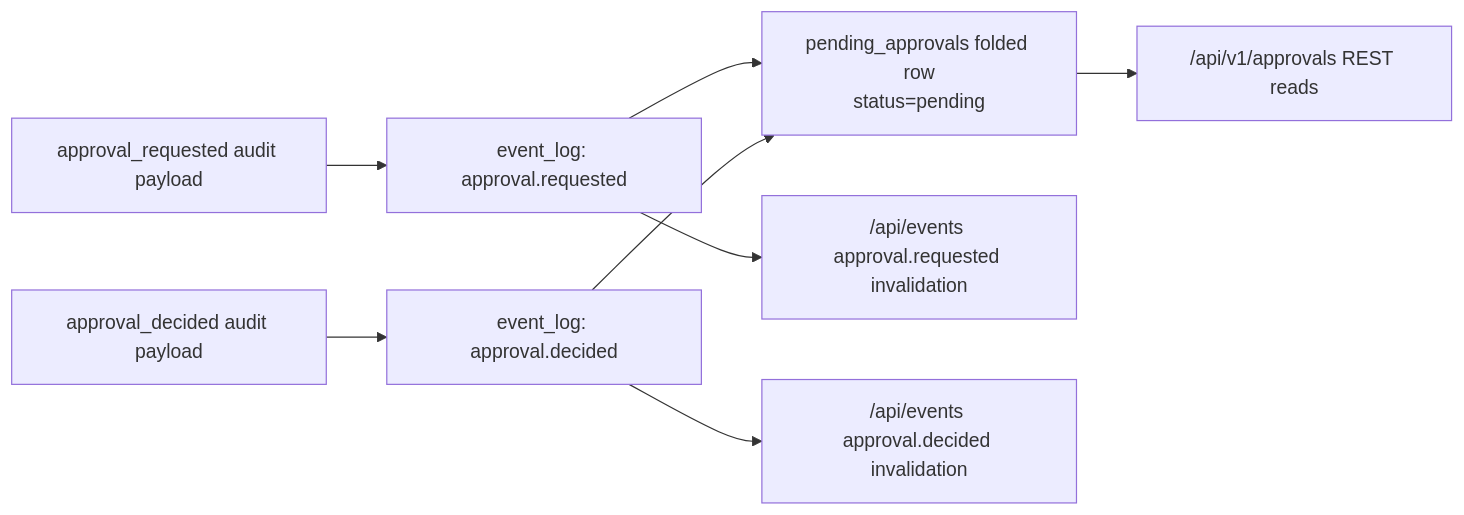
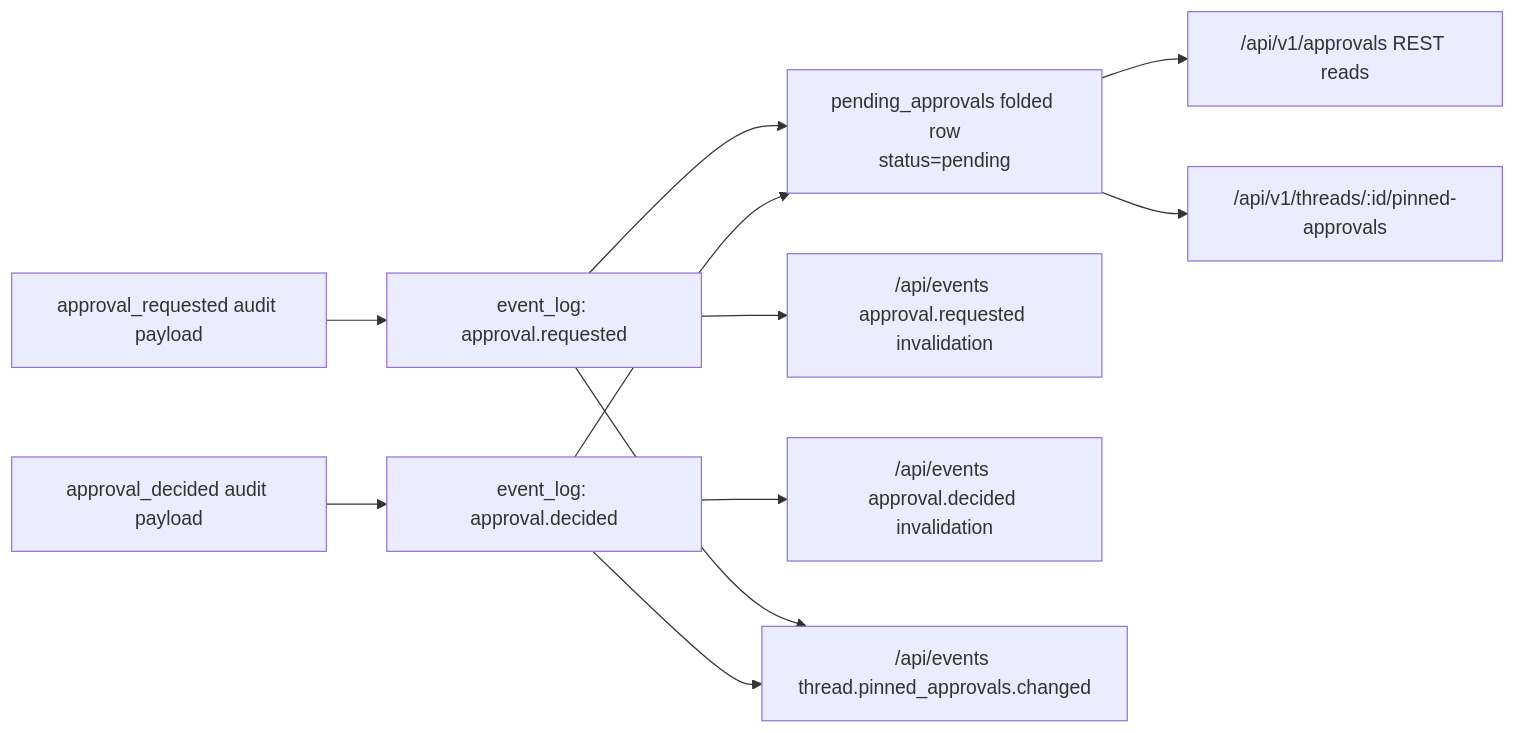
Before and after one commit to nex-crm/wuphf: the diagram in packages/broker/docs/modules/approvals.md, drawn with Mermaid. The commit also changed other lines of this file and 11 other files, not shown here.

````diff
--- a/packages/broker/docs/modules/approvals.md
+++ b/packages/broker/docs/modules/approvals.md
@@ -9,10 +9,13 @@
 ```mermaid
 flowchart LR
   request["approval_requested audit payload"] --> requested["event_log: approval.requested"]
   requested --> projection["pending_approvals folded row<br/>status=pending"]
   decision["approval_decided audit payload"] --> decided["event_log: approval.decided"]
   decided --> projection
   projection --> routes["/api/v1/approvals REST reads"]
+  projection --> pinned["/api/v1/threads/:id/pinned-approvals"]
   requested --> sse["/api/events approval.requested invalidation"]
   decided --> sse2["/api/events approval.decided invalidation"]
+  requested --> threadSse["/api/events thread.pinned_approvals.changed"]
+  decided --> threadSse
 ```
````
